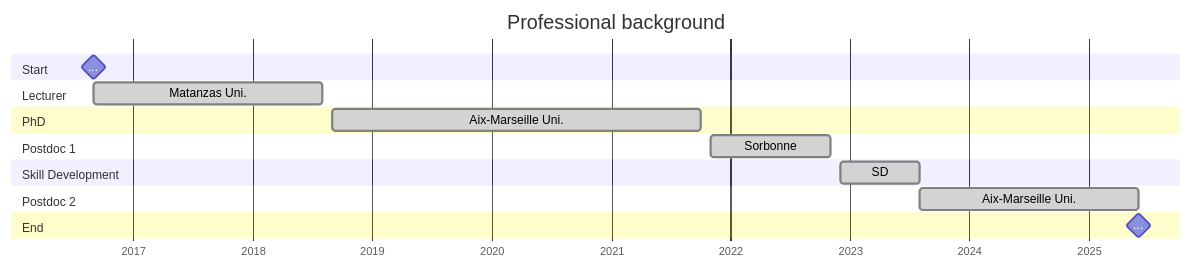
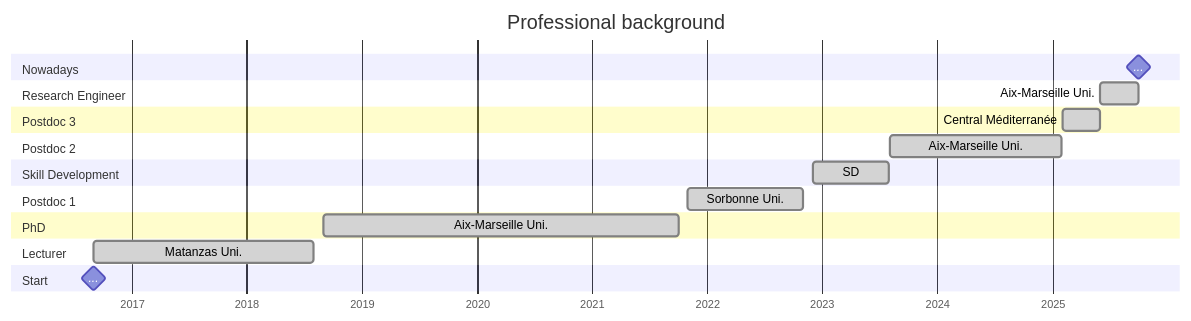
Before and after one commit to olcruzgonzalez/olcruzgonzalez.github.io: the diagram in _tabs/experience.md, drawn with Mermaid. The commit also changed other lines of this file and 18 other files, not shown here.

````diff
--- a/_tabs/experience.md
+++ b/_tabs/experience.md
@@ -40,20 +48,24 @@
 ```mermaid
   gantt
     title  Professional background
     dateFormat  YYYY-MM-DD
     axisFormat %Y
+  section Nowadays
+    ... :milestone, aa, 2025-10-01, 2025-10-01
+  section Research Engineer
+    Aix-Marseille Uni. :done, b, 2025-06-01, 2025-09-30
+  section Postdoc 3
+    Central Méditerranée :done, b, 2025-02-01, 2025-05-31
+  section Postdoc 2
+    Aix-Marseille Uni. :done, b, 2023-08-03, 2025-01-31
+  section Skill Development
+    SD :done, a, 2022-12-01, 2023-08-01
+  section Postdoc 1
+    Sorbonne Uni. :done, a, 2021-11-01, 2022-11-01
+  section PhD
+    Aix-Marseille Uni. :done, a, 2018-09-01, 2021-10-01
+  section Lecturer
+    Matanzas Uni. :done, a, 2016-09-01, 2018-08-01
   section Start
     ... :milestone, aa, 2016-09-01, 2016-09-01
-  section Lecturer
-    Matanzas Uni. :done, a, 2016-09-01, 2018-08-01
-  section PhD
-    Aix-Marseille Uni. :done, a, 2018-09-01, 2021-10-01
-  section Postdoc 1
-    Sorbonne :done, a, 2021-11-01, 2022-11-01
-  section Skill Development
-    SD :done, a, 2022-12-01, 2023-08-01
-  section Postdoc 2
-    Aix-Marseille Uni. :done, b, 2023-08-03, 2025-05-31
-  section End
-    ... :milestone, aa, 2025-06-01, 2025-06-01
 ```
````
